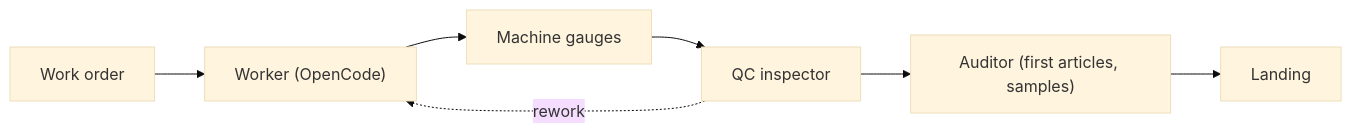
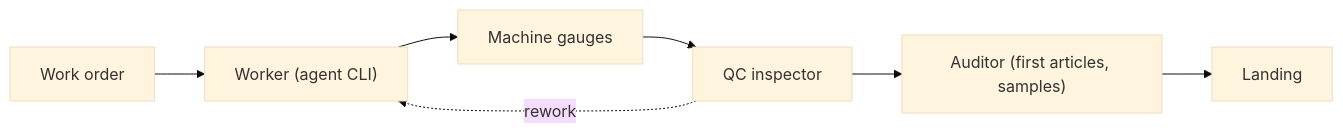
Before and after one commit to suzworx/flywheel: the diagram in README.md, drawn with Mermaid (base theme). The commit also changed other lines of this file, not shown here.

Commit message:
docs: README describes the factory as it is — agent CLIs, audit, watch, measured unit cost

````diff
--- a/README.md
+++ b/README.md
@@ -67,9 +72,9 @@
 ```mermaid
 flowchart LR
-    WO["Work order"] --> W["Worker (OpenCode)"]
+    WO["Work order"] --> W["Worker (agent CLI)"]
     W --> G["Machine gauges"]
     G --> I["QC inspector"]
     I --> A["Auditor (first articles, samples)"]
     A --> L["Landing"]
     I -. "rework" .-> W
 ```
````
